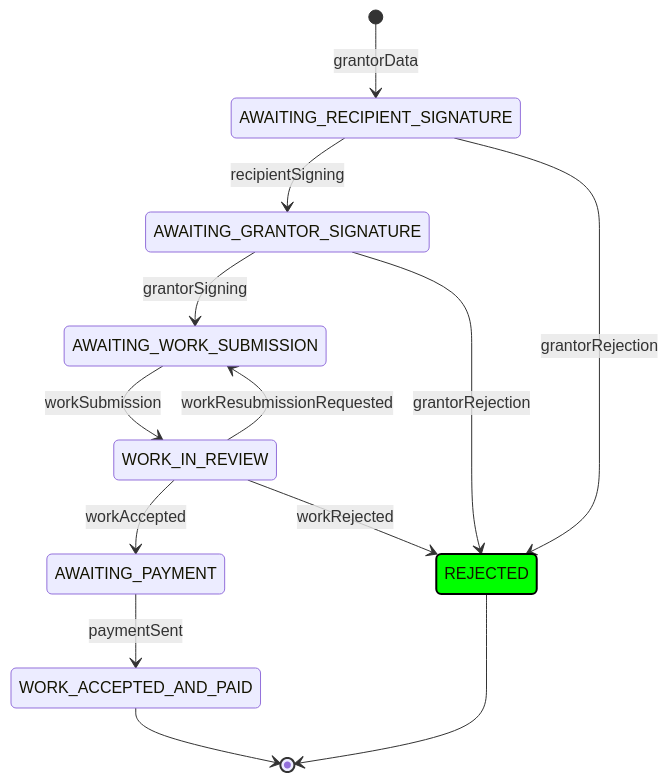
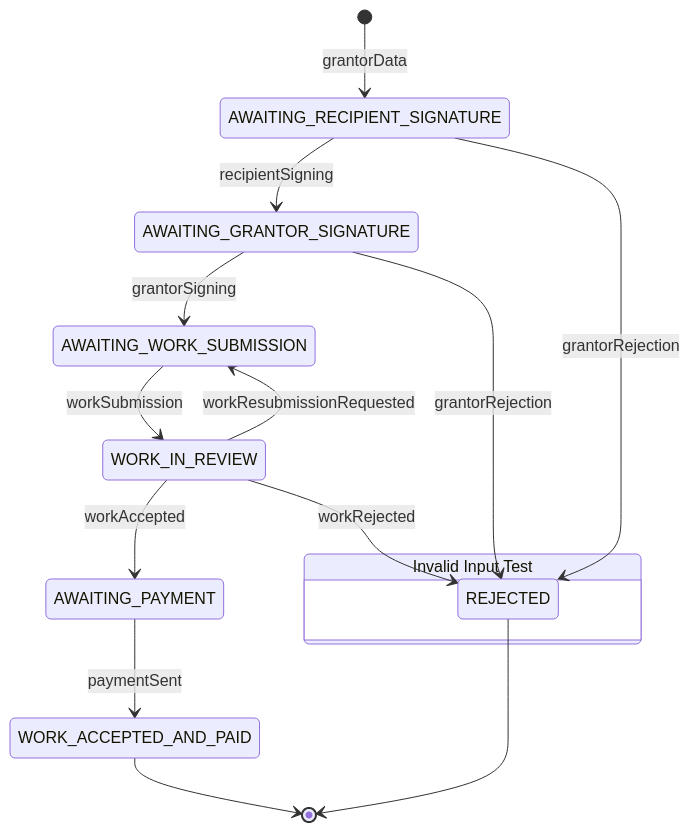
Before and after one commit to Consensys-Network-State/signet-execution-prototype: the fifth of 5 diagrams in lua-actor/src/dfsm-with-tx.md, drawn with Mermaid. The commit also changed other lines of this file, not shown here.

Commit message:
Trying new syntax for mermaid

````diff
--- a/lua-actor/src/dfsm-with-tx.md
+++ b/lua-actor/src/dfsm-with-tx.md
@@ -116,24 +143,26 @@
 ```mermaid
 stateDiagram-v2
+    state "Invalid Input Test" as invalidPath
     [*] --> AWAITING_RECIPIENT_SIGNATURE: grantorData
     
     AWAITING_RECIPIENT_SIGNATURE --> AWAITING_GRANTOR_SIGNATURE: recipientSigning
     AWAITING_RECIPIENT_SIGNATURE --> REJECTED: grantorRejection
     
     AWAITING_GRANTOR_SIGNATURE --> AWAITING_WORK_SUBMISSION: grantorSigning
     AWAITING_GRANTOR_SIGNATURE --> REJECTED: grantorRejection
     
     AWAITING_WORK_SUBMISSION --> WORK_IN_REVIEW: workSubmission
     
     WORK_IN_REVIEW --> AWAITING_WORK_SUBMISSION: workResubmissionRequested
     WORK_IN_REVIEW --> AWAITING_PAYMENT: workAccepted
     WORK_IN_REVIEW --> REJECTED: workRejected
     
     AWAITING_PAYMENT --> WORK_ACCEPTED_AND_PAID: paymentSent
     
     WORK_ACCEPTED_AND_PAID --> [*]
     REJECTED --> [*]
 
-    classDef testPath fill:#00ff00,stroke:#000,stroke-width:2px
-    class REJECTED testPath
+    state invalidPath {
+        REJECTED
+    }
 ```
````
